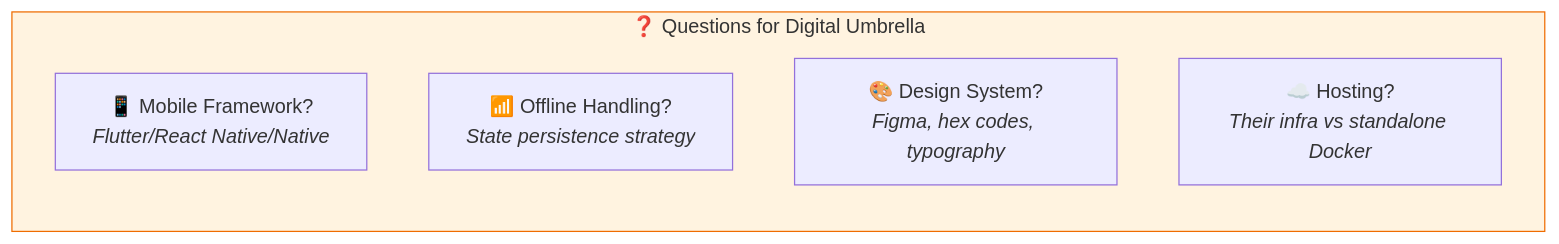
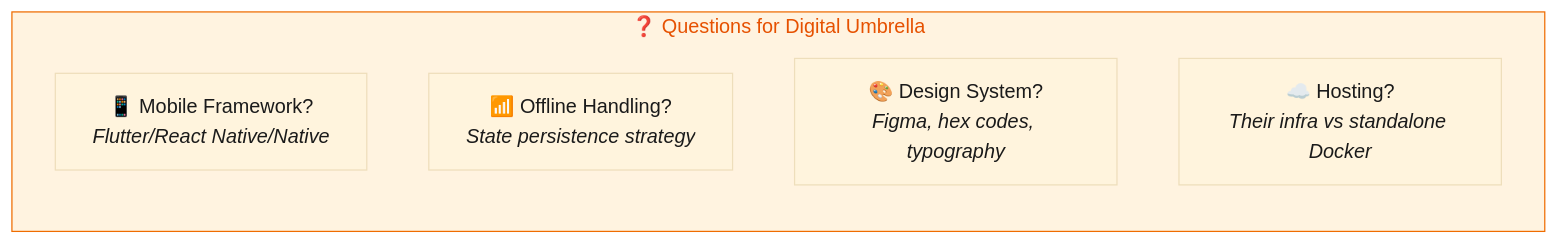
One commit to Px8Studio/yonja changed the fourth of 19 diagrams in docs/zekalab/03-ARCHITECTURE.md. Above: the diagram before and after it, drawn with Mermaid. The commit also changed other lines of this file and 2 other files, not shown here.

Commit message:
Refine styling in architecture diagrams for improved clarity and consistency

````diff
--- a/docs/zekalab/03-ARCHITECTURE.md
+++ b/docs/zekalab/03-ARCHITECTURE.md
@@ -129,11 +132,12 @@
 ```mermaid
+%%{init: {'theme': 'base', 'themeVariables': { 'primaryTextColor': '#1a1a1a', 'lineColor': '#424242'}}}%%
 graph LR
     subgraph gaps["❓ Questions for Digital Umbrella"]
         q1["📱 Mobile Framework?<br/><i>Flutter/React Native/Native</i>"]
         q2["📶 Offline Handling?<br/><i>State persistence strategy</i>"]
         q3["🎨 Design System?<br/><i>Figma, hex codes, typography</i>"]
         q4["☁️ Hosting?<br/><i>Their infra vs standalone Docker</i>"]
     end
     
-    style gaps fill:#fff3e0,stroke:#ef6c00
+    style gaps fill:#fff3e0,stroke:#ef6c00,color:#e65100
 ```
````
